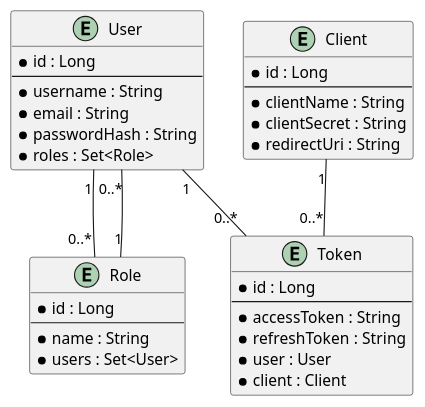
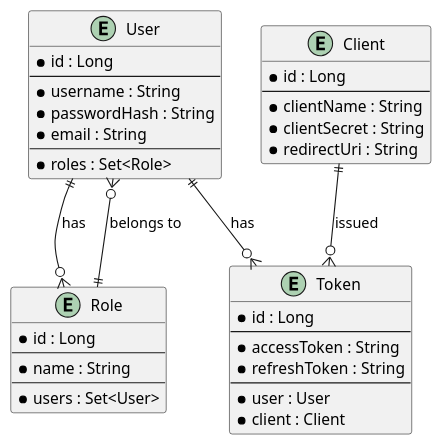
One commit to Dinesh-s95/AutoDoc.ai changed the sixth of 6 diagrams in identityprovider/documentation/detaileddesign.adoc. Above: the diagram before and after it, drawn with PlantUML. The commit also changed other lines of this file and 19 other files, not shown here.

```diff
--- a/identityprovider/documentation/detaileddesign.adoc
+++ b/identityprovider/documentation/detaileddesign.adoc
@@ -395,42 +431,45 @@
 [plantuml, er-diagram, png]
 ----
 @startuml
 entity "User" {
     * id : Long
     --
     * username : String
+    * passwordHash : String
     * email : String
-    * passwordHash : String
+    --
     * roles : Set<Role>
 }
 
 entity "Role" {
     * id : Long
     --
     * name : String
+    --
     * users : Set<User>
 }
 
 entity "Client" {
     * id : Long
     --
     * clientName : String
     * clientSecret : String
     * redirectUri : String
 }
 
 entity "Token" {
     * id : Long
     --
     * accessToken : String
     * refreshToken : String
+    --
     * user : User
     * client : Client
 }
 
-User "1" -- "0..*" Role
-Role "1" -- "0..*" User
-User "1" -- "0..*" Token
-Client "1" -- "0..*" Token
+User ||--o{ Role : has
+Role ||--o{ User : belongs to
+User ||--o{ Token : has
+Client ||--o{ Token : issued
 @enduml
 ----
```
